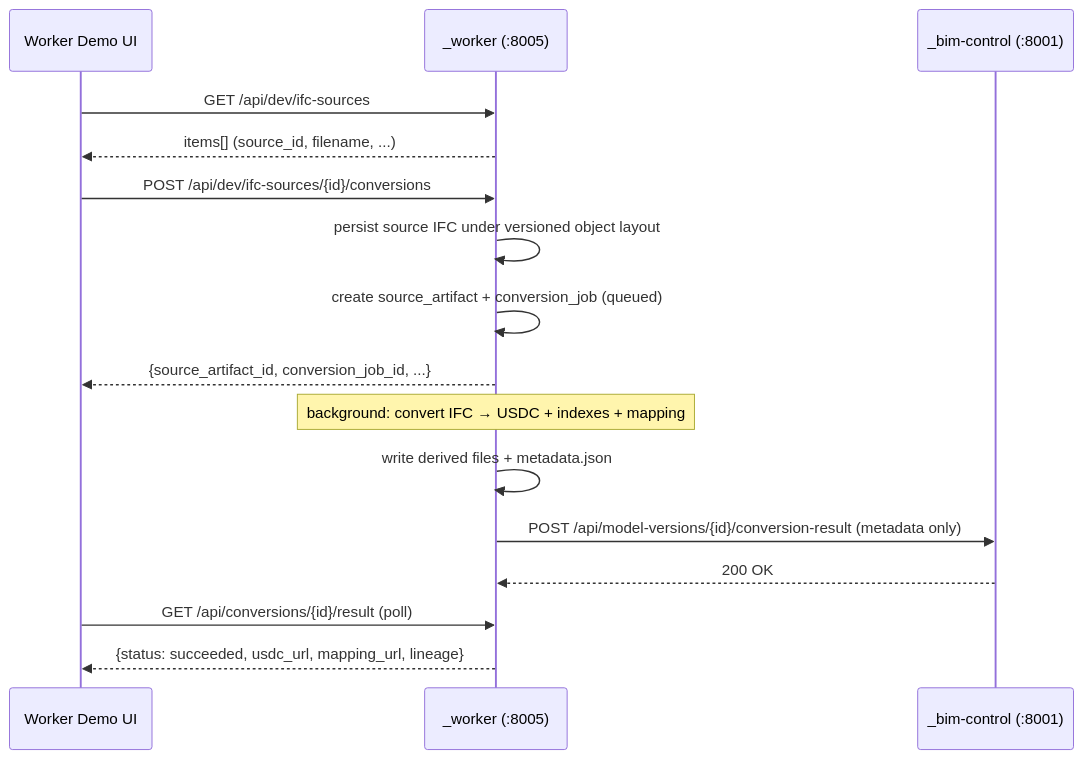
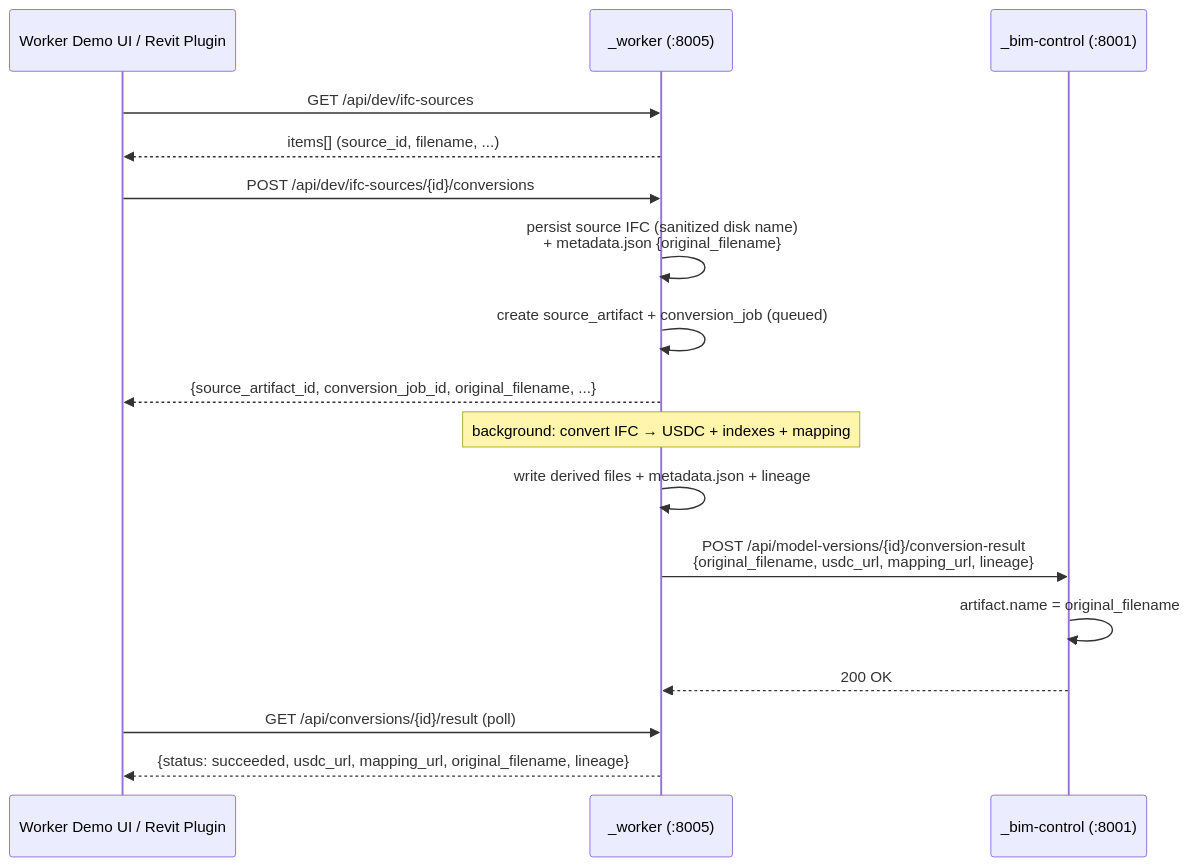
One commit to monkey1sai/AI-BIM-governance changed the fourth of 7 diagrams in docs/PROJECT_DEVELOPMENT_WORKFLOW.md. Above: the diagram before and after it, drawn with Mermaid. The commit also changed other lines of this file, not shown here.

First line of the commit message:
docs: v3 依新版架構圖 v1+v2 重寫專案開發流程

````diff
--- a/docs/PROJECT_DEVELOPMENT_WORKFLOW.md
+++ b/docs/PROJECT_DEVELOPMENT_WORKFLOW.md
@@ -451,19 +638,20 @@
 ```mermaid
 sequenceDiagram
-    participant UI as Worker Demo UI
+    participant UI as Worker Demo UI / Revit Plugin
     participant WK as _worker (:8005)
     participant BC as _bim-control (:8001)
 
     UI->>WK: GET /api/dev/ifc-sources
     WK-->>UI: items[] (source_id, filename, ...)
     UI->>WK: POST /api/dev/ifc-sources/{id}/conversions
-    WK->>WK: persist source IFC under versioned object layout
+    WK->>WK: persist source IFC (sanitized disk name)<br/>+ metadata.json {original_filename}
     WK->>WK: create source_artifact + conversion_job (queued)
-    WK-->>UI: {source_artifact_id, conversion_job_id, ...}
+    WK-->>UI: {source_artifact_id, conversion_job_id, original_filename, ...}
     Note over WK: background: convert IFC → USDC + indexes + mapping
-    WK->>WK: write derived files + metadata.json
-    WK->>BC: POST /api/model-versions/{id}/conversion-result (metadata only)
+    WK->>WK: write derived files + metadata.json + lineage
+    WK->>BC: POST /api/model-versions/{id}/conversion-result<br/>{original_filename, usdc_url, mapping_url, lineage}
+    BC->>BC: artifact.name = original_filename
     BC-->>WK: 200 OK
     UI->>WK: GET /api/conversions/{id}/result (poll)
-    WK-->>UI: {status: succeeded, usdc_url, mapping_url, lineage}
+    WK-->>UI: {status: succeeded, usdc_url, mapping_url, original_filename, lineage}
 ```
````
